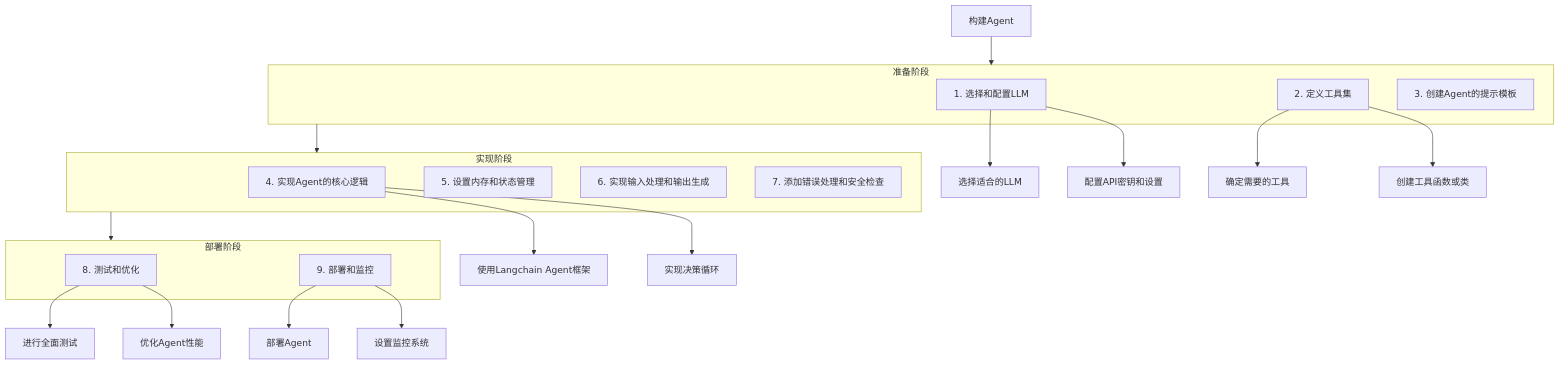
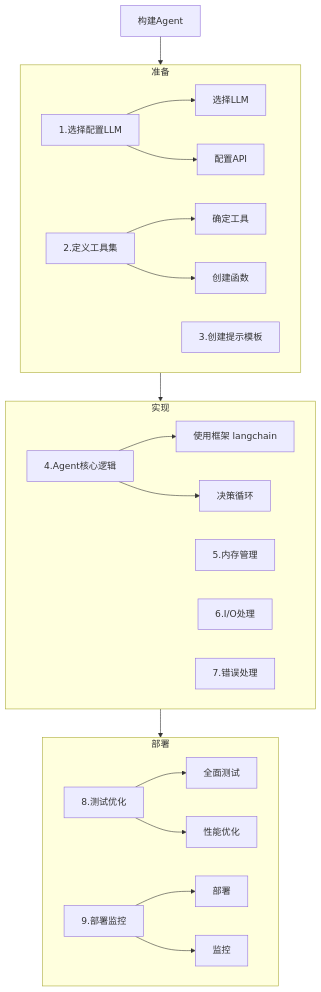
The diagram in docs/24082902-build-agent.md (ka1fe1/tutorial-langchain), drawn with Mermaid before and after one commit.

Commit message:
modify build agent docs

````diff
--- a/docs/24082902-build-agent.md
+++ b/docs/24082902-build-agent.md
@@ -28,37 +28,36 @@
 ```mermaid
 flowchart TD
     A[构建Agent]
     
-    subgraph 准备阶段
-    B[1. 选择和配置LLM]
-    C[2. 定义工具集]
-    D[3. 创建Agent的提示模板]
+    subgraph 准备
+    B[1.选择配置LLM]
+    C[2.定义工具集]
+    D[3.创建提示模板]
+    B --> B1[选择LLM]
+    B --> B2[配置API]
+    C --> C1[确定工具]
+    C --> C2[创建函数]
     end
     
-    subgraph 实现阶段
-    E[4. 实现Agent的核心逻辑]
-    F[5. 设置内存和状态管理]
-    G[6. 实现输入处理和输出生成]
-    H[7. 添加错误处理和安全检查]
+    subgraph 实现
+    E[4.Agent核心逻辑]
+    F[5.内存管理]
+    G[6.I/O处理]
+    H[7.错误处理]
+    E --> E1[使用框架 langchain]
+    E --> E2[决策循环]
     end
     
-    subgraph 部署阶段
-    I[8. 测试和优化]
-    J[9. 部署和监控]
+    subgraph 部署
+    I[8.测试优化]
+    J[9.部署监控]
+    I --> I1[全面测试]
+    I --> I2[性能优化]
+    J --> J1[部署]
+    J --> J2[监控]
     end
 
-    A --> 准备阶段
-    准备阶段 --> 实现阶段
-    实现阶段 --> 部署阶段
-
-    B --> B1[选择适合的LLM]
-    B --> B2[配置API密钥和设置]
-    C --> C1[确定需要的工具]
-    C --> C2[创建工具函数或类]
-    E --> E1[使用Langchain Agent框架]
-    E --> E2[实现决策循环]
-    I --> I1[进行全面测试]
-    I --> I2[优化Agent性能]
-    J --> J1[部署Agent]
-    J --> J2[设置监控系统]
+    A --> 准备
+    准备 --> 实现
+    实现 --> 部署
 ```
````
